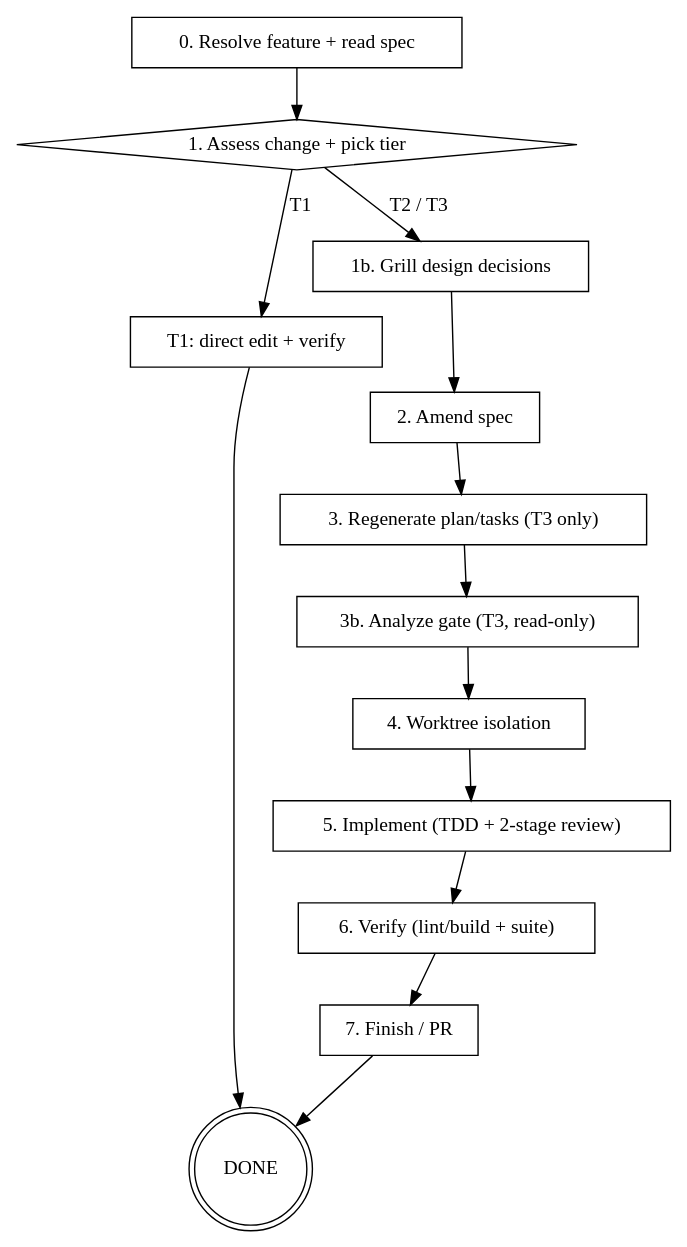
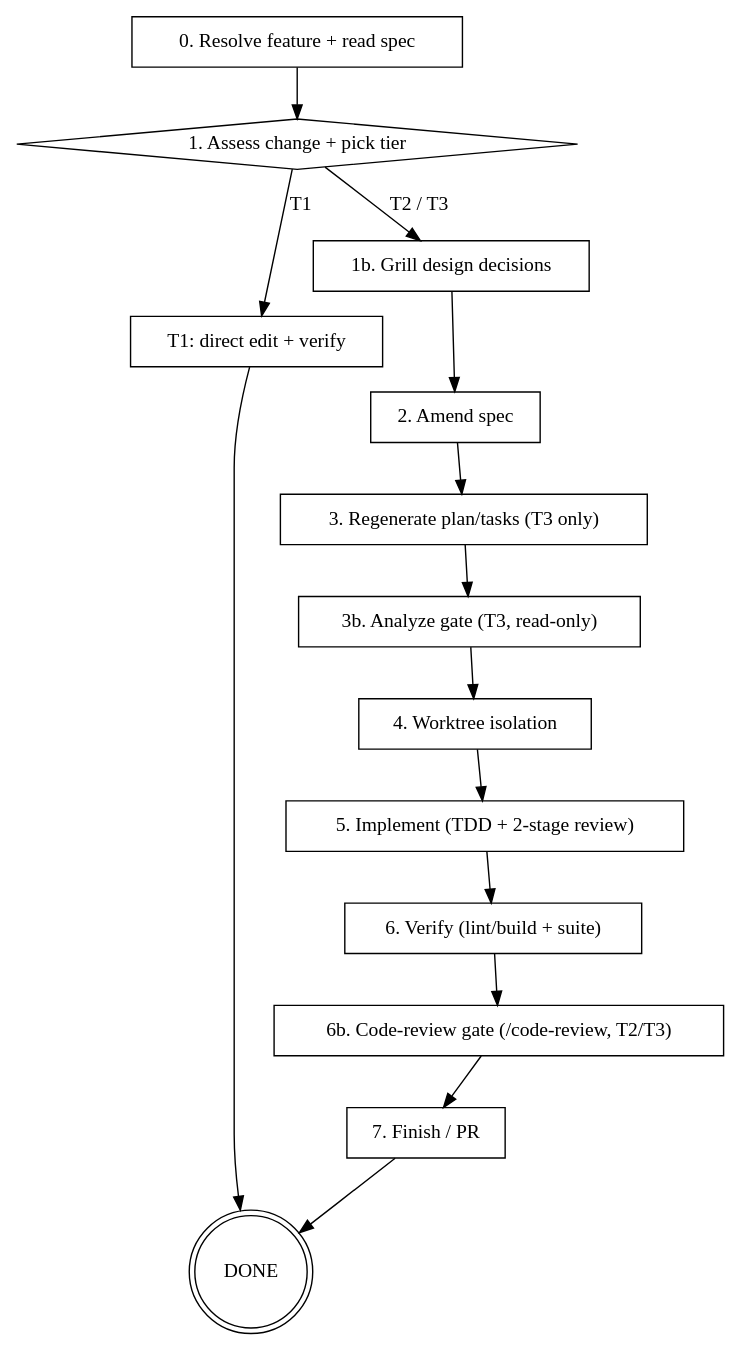
Before and after one commit to miroo93/dev-workflows: the diagram in skills/improve/SKILL.md, drawn with Graphviz. The commit also changed other lines of this file and 5 other files, not shown here.

First line of the commit message:
Wire /code-review gate into feature, improve, and troubleshoot workflows

````diff
--- a/skills/improve/SKILL.md
+++ b/skills/improve/SKILL.md
@@ -65,30 +65,32 @@
 ```dot
 digraph improve {
     rankdir=TB;
     "0. Resolve feature + read spec" [shape=box];
     "1. Assess change + pick tier" [shape=diamond];
     "T1: direct edit + verify" [shape=box];
     "1b. Grill design decisions" [shape=box];
     "2. Amend spec" [shape=box];
     "3. Regenerate plan/tasks (T3 only)" [shape=box];
     "3b. Analyze gate (T3, read-only)" [shape=box];
     "4. Worktree isolation" [shape=box];
     "5. Implement (TDD + 2-stage review)" [shape=box];
     "6. Verify (lint/build + suite)" [shape=box];
+    "6b. Code-review gate (/code-review, T2/T3)" [shape=box];
     "7. Finish / PR" [shape=box];
     "DONE" [shape=doublecircle];
 
     "0. Resolve feature + read spec" -> "1. Assess change + pick tier";
     "1. Assess change + pick tier" -> "T1: direct edit + verify" [label="T1"];
     "T1: direct edit + verify" -> "DONE";
     "1. Assess change + pick tier" -> "1b. Grill design decisions" [label="T2 / T3"];
     "1b. Grill design decisions" -> "2. Amend spec";
     "2. Amend spec" -> "3. Regenerate plan/tasks (T3 only)";
     "3. Regenerate plan/tasks (T3 only)" -> "3b. Analyze gate (T3, read-only)";
     "3b. Analyze gate (T3, read-only)" -> "4. Worktree isolation";
     "4. Worktree isolation" -> "5. Implement (TDD + 2-stage review)";
     "5. Implement (TDD + 2-stage review)" -> "6. Verify (lint/build + suite)";
-    "6. Verify (lint/build + suite)" -> "7. Finish / PR";
+    "6. Verify (lint/build + suite)" -> "6b. Code-review gate (/code-review, T2/T3)";
+    "6b. Code-review gate (/code-review, T2/T3)" -> "7. Finish / PR";
     "7. Finish / PR" -> "DONE";
 }
 ```
````
